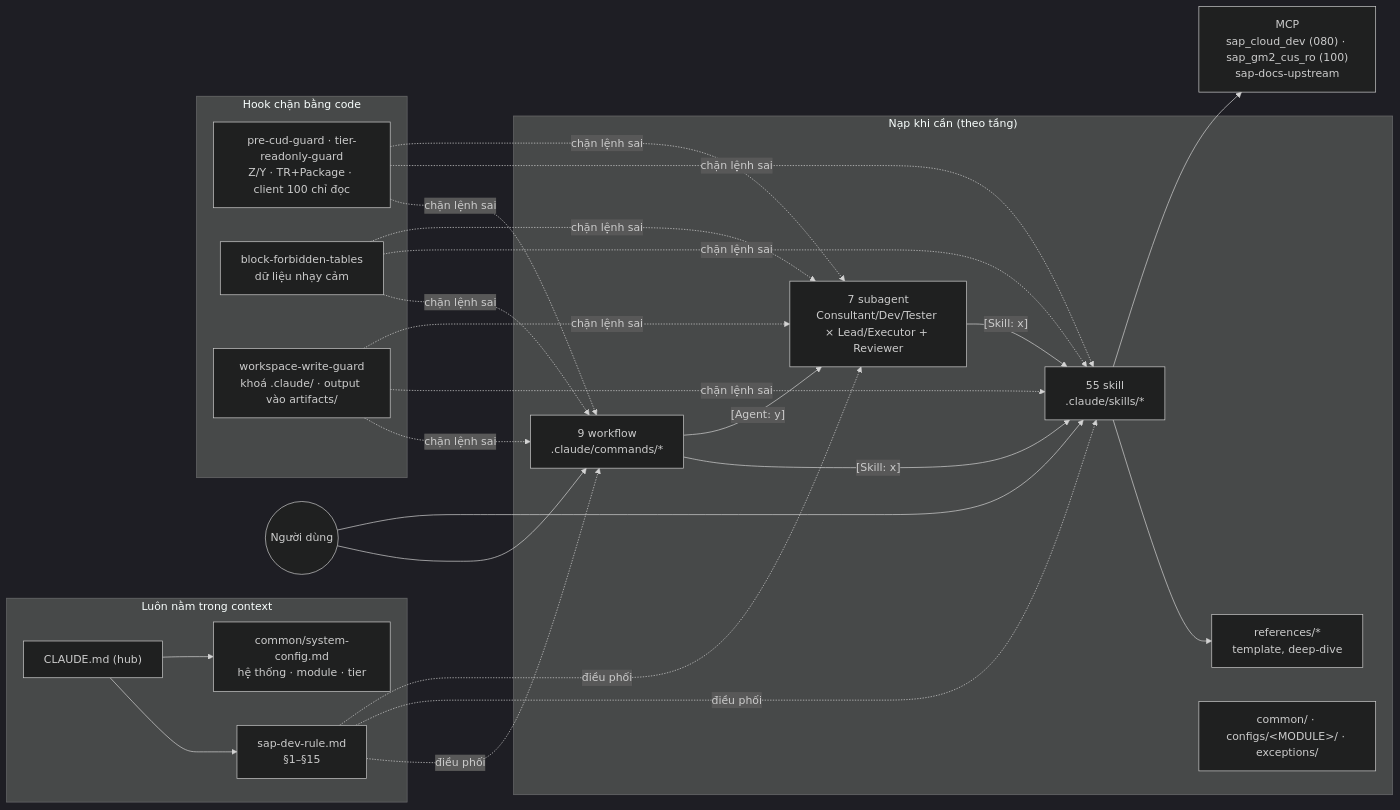
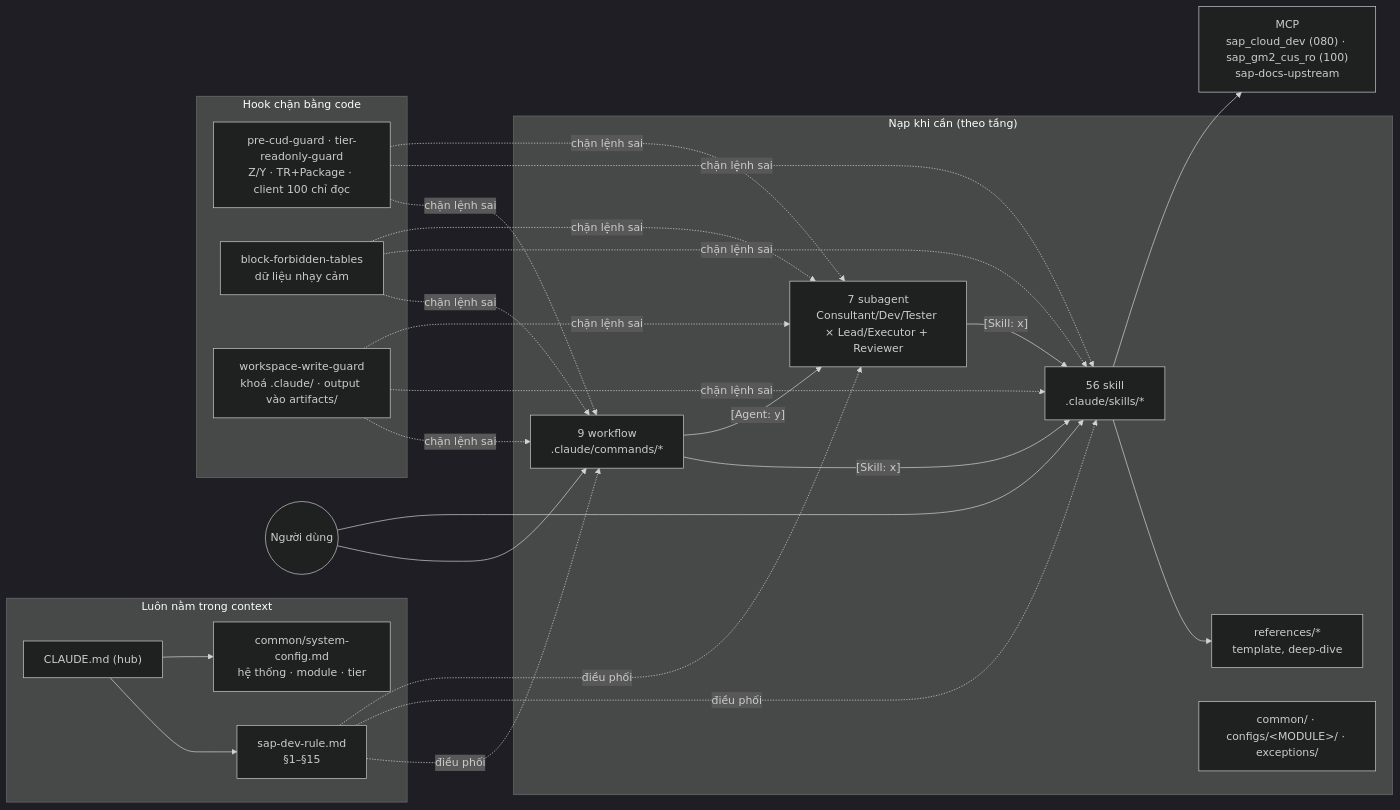
The first of 2 diagrams in README.md (kienannh0403/sap_cloud_ai_workspace), drawn with Mermaid (dark theme) before and after one commit. The commit also changed other lines of this file and 37 other files, not shown here.

````diff
--- a/README.md
+++ b/README.md
@@ -30,26 +30,26 @@
 ```mermaid
 flowchart LR
     subgraph CTX["Luôn nằm trong context"]
         CM["CLAUDE.md (hub)"] --> RULE["sap-dev-rule.md<br/>§1–§15"]
         CM --> CFG["common/system-config.md<br/>hệ thống · module · tier"]
     end
     subgraph ONDEMAND["Nạp khi cần (theo tầng)"]
-        SK["55 skill<br/>.claude/skills/*"] --> REF["references/*<br/>template, deep-dive"]
+        SK["56 skill<br/>.claude/skills/*"] --> REF["references/*<br/>template, deep-dive"]
         WF["9 workflow<br/>.claude/commands/*"]
         AG["7 subagent<br/>Consultant/Dev/Tester × Lead/Executor + Reviewer"]
         LAYER["common/ · configs/&lt;MODULE&gt;/ · exceptions/"]
     end
     subgraph ENFORCE["Hook chặn bằng code"]
         H1["pre-cud-guard · tier-readonly-guard<br/>Z/Y · TR+Package · client 100 chỉ đọc"]
         H2["block-forbidden-tables<br/>dữ liệu nhạy cảm"]
         H3["workspace-write-guard<br/>khoá .claude/ · output vào artifacts/"]
     end
     USER((Người dùng)) --> WF
     USER --> SK
     WF -->|"[Skill: x]"| SK
     WF -->|"[Agent: y]"| AG
     AG -->|"[Skill: x]"| SK
     RULE -.điều phối.-> WF & SK & AG
     H1 & H2 & H3 -.chặn lệnh sai.-> WF & SK & AG
     SK --> MCP["MCP<br/>sap_cloud_dev (080) · sap_gm2_cus_ro (100)<br/>sap-docs-upstream"]
 ```
````
